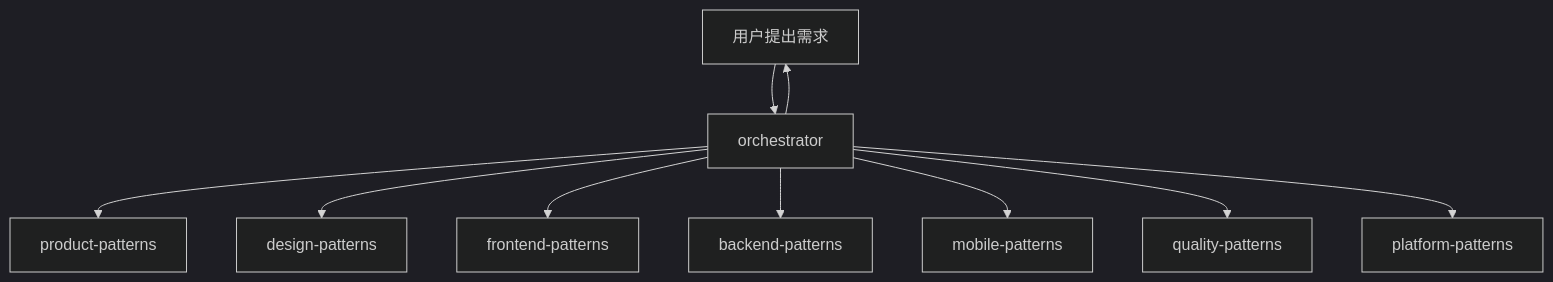
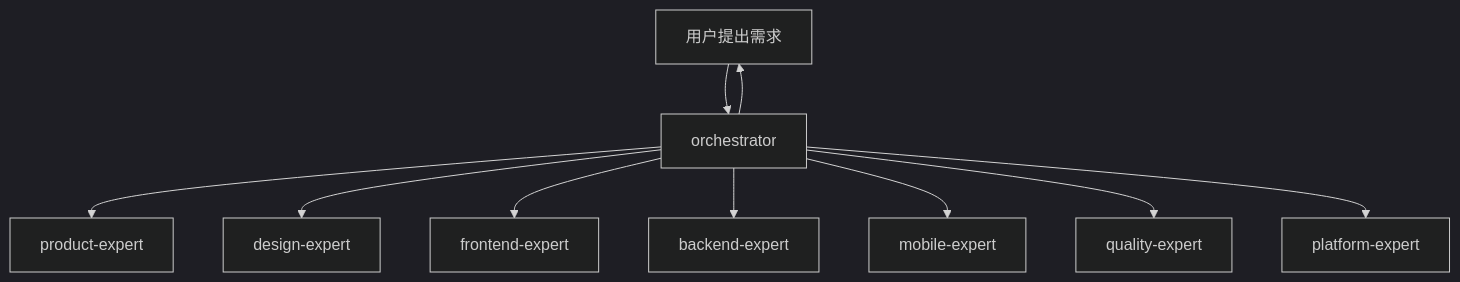
The diagram in README.md (Tooooommy/Trae-Workflow), drawn with Mermaid (dark theme) before and after one commit. The commit also changed other lines of this file and 24 other files, not shown here.

````diff
--- a/README.md
+++ b/README.md
@@ -34,12 +34,12 @@
 ```mermaid
 flowchart TD
     User[用户提出需求] --> Orchestrator[orchestrator]
-    Orchestrator --> Product[product-patterns]
-    Orchestrator --> Design[design-patterns]
-    Orchestrator --> Frontend[frontend-patterns]
-    Orchestrator --> Backend[backend-patterns]
-    Orchestrator --> Mobile[mobile-patterns]
-    Orchestrator --> QA[quality-patterns]
-    Orchestrator --> Ops[platform-patterns]
+    Orchestrator --> Product[product-expert]
+    Orchestrator --> Design[design-expert]
+    Orchestrator --> Frontend[frontend-expert]
+    Orchestrator --> Backend[backend-expert]
+    Orchestrator --> Mobile[mobile-expert]
+    Orchestrator --> QA[quality-expert]
+    Orchestrator --> Ops[platform-expert]
     Orchestrator --> User
 ```
````
